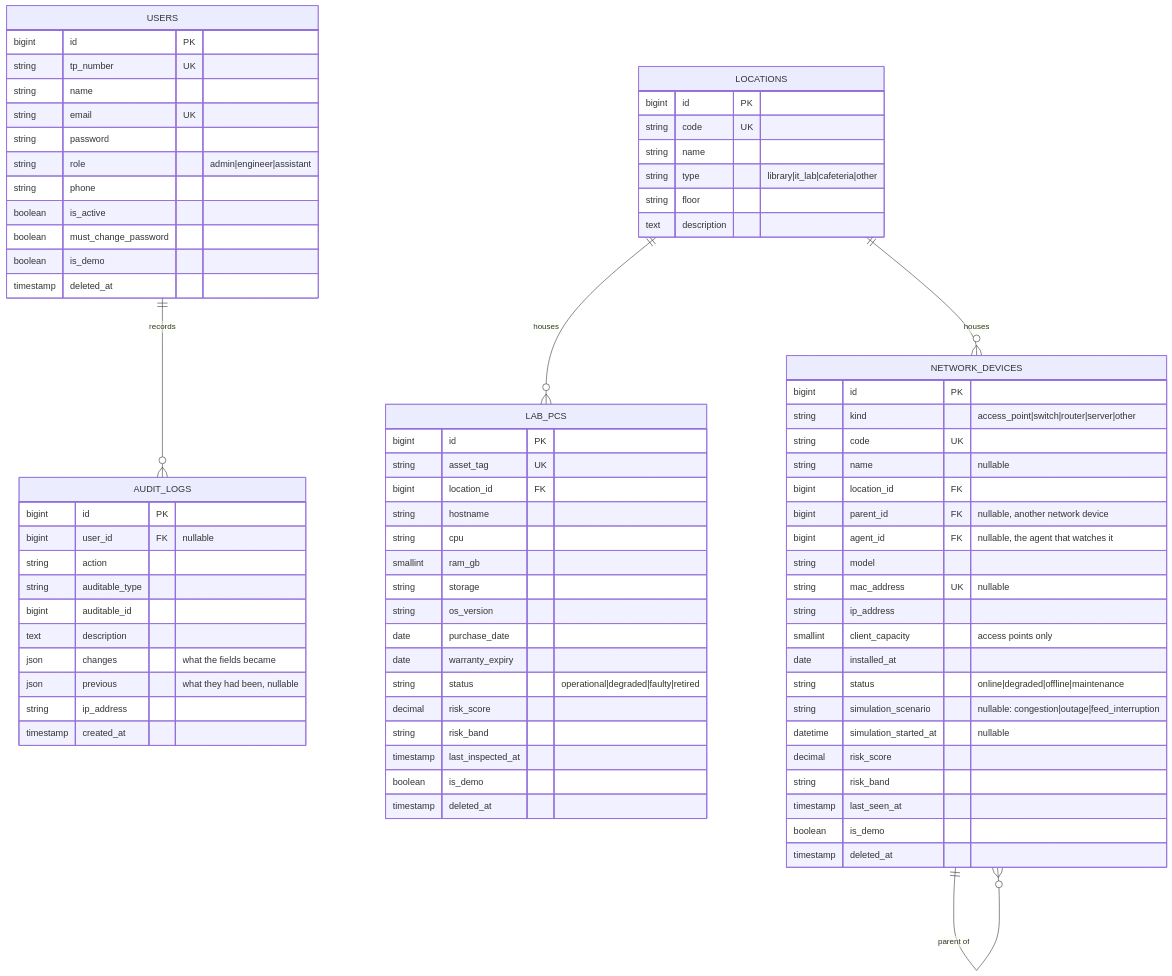
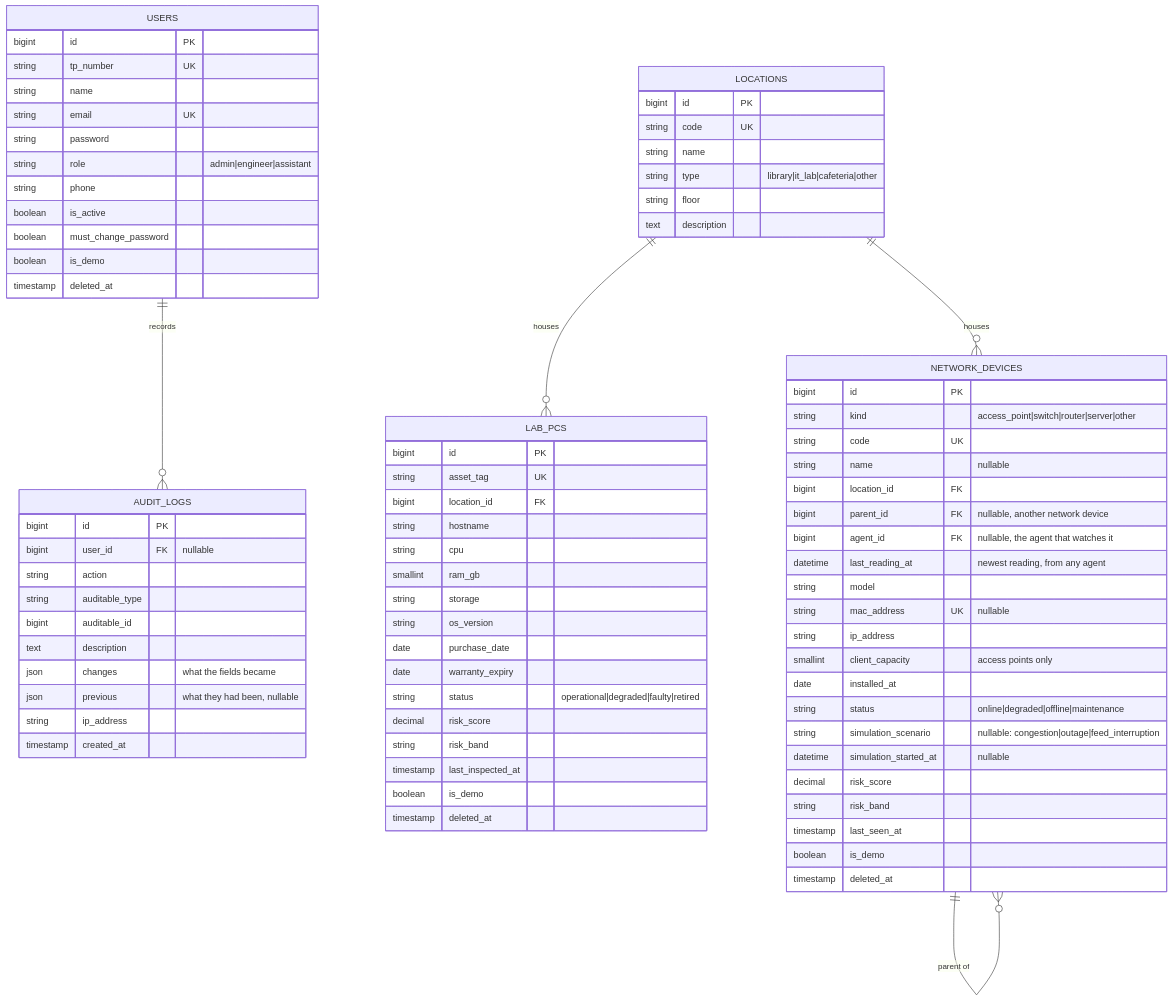
Before and after one commit to phone292025/atlas-netcare: the first of 3 diagrams in docs/04-database.md, drawn with Mermaid. The commit also changed other lines of this file and 25 other files, not shown here.

````diff
--- a/docs/04-database.md
+++ b/docs/04-database.md
@@ -70,81 +70,82 @@
 ```mermaid
 erDiagram
     USERS ||--o{ AUDIT_LOGS : records
     LOCATIONS ||--o{ LAB_PCS : houses
     LOCATIONS ||--o{ NETWORK_DEVICES : houses
     NETWORK_DEVICES ||--o{ NETWORK_DEVICES : "parent of"
 
     USERS {
         bigint id PK
         string tp_number UK
         string name
         string email UK
         string password
         string role "admin|engineer|assistant"
         string phone
         boolean is_active
         boolean must_change_password
         boolean is_demo
         timestamp deleted_at
     }
     LOCATIONS {
         bigint id PK
         string code UK
         string name
         string type "library|it_lab|cafeteria|other"
         string floor
         text description
     }
     LAB_PCS {
         bigint id PK
         string asset_tag UK
         bigint location_id FK
         string hostname
         string cpu
         smallint ram_gb
         string storage
         string os_version
         date purchase_date
         date warranty_expiry
         string status "operational|degraded|faulty|retired"
         decimal risk_score
         string risk_band
         timestamp last_inspected_at
         boolean is_demo
         timestamp deleted_at
     }
     NETWORK_DEVICES {
         bigint id PK
         string kind "access_point|switch|router|server|other"
         string code UK
         string name "nullable"
         bigint location_id FK
         bigint parent_id FK "nullable, another network device"
         bigint agent_id FK "nullable, the agent that watches it"
+        datetime last_reading_at "newest reading, from any agent"
         string model
         string mac_address UK "nullable"
         string ip_address
         smallint client_capacity "access points only"
         date installed_at
         string status "online|degraded|offline|maintenance"
         string simulation_scenario "nullable: congestion|outage|feed_interruption"
         datetime simulation_started_at "nullable"
         decimal risk_score
         string risk_band
         timestamp last_seen_at
         boolean is_demo
         timestamp deleted_at
     }
     AUDIT_LOGS {
         bigint id PK
         bigint user_id FK "nullable"
         string action
         string auditable_type
         bigint auditable_id
         text description
         json changes "what the fields became"
         json previous "what they had been, nullable"
         string ip_address
         timestamp created_at
     }
 ```
````
